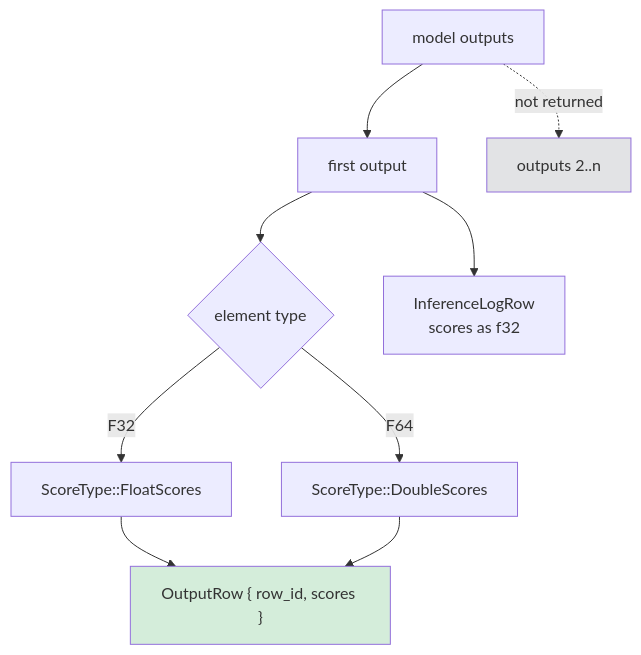
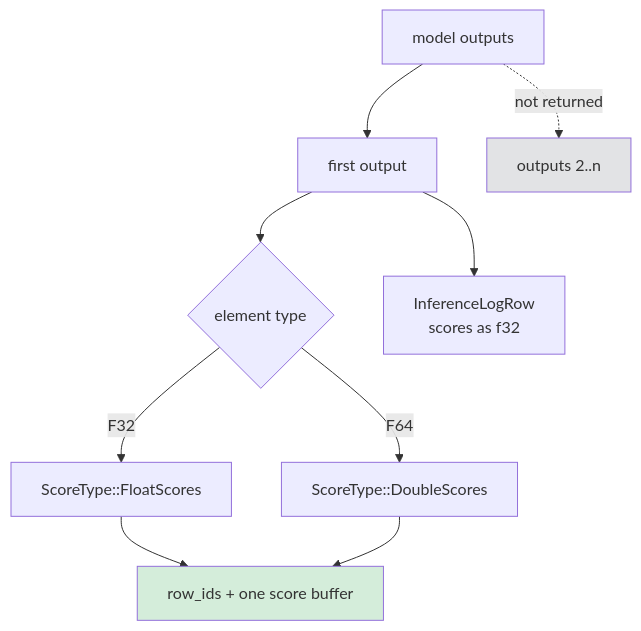
Before and after one commit to PratikBarhate/hushar: the fifth of 6 diagrams in documentation/request-walkthrough.md, drawn with Mermaid. The commit also changed other lines of this file and 72 other files, not shown here.

````diff
--- a/documentation/request-walkthrough.md
+++ b/documentation/request-walkthrough.md
@@ -253,13 +259,13 @@
 ```mermaid
 flowchart TB
   o["model outputs"] --> p["first output"]
   o -.->|not returned| x["outputs 2..n"]
   p --> c{"element type"}
   c -->|F32| f["ScoreType::FloatScores"]
   c -->|F64| d["ScoreType::DoubleScores"]
-  f --> r["OutputRow { row_id, scores }"]
+  f --> r["row_ids + one score buffer"]
   d --> r
   p --> l["InferenceLogRow<br/>scores as f32"]
   style x fill:#e2e3e5
   style r fill:#d4edda
 ```
````
